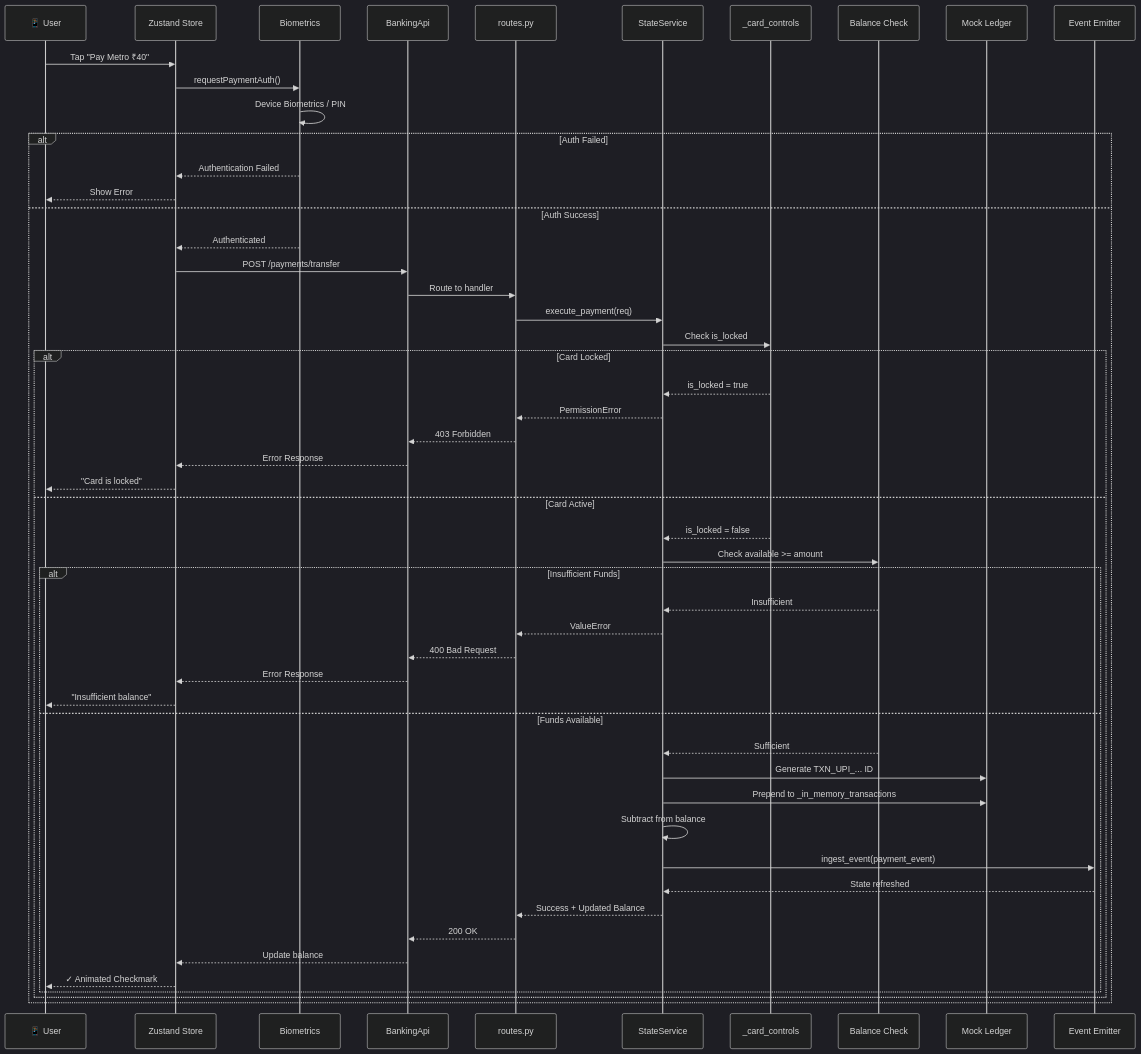
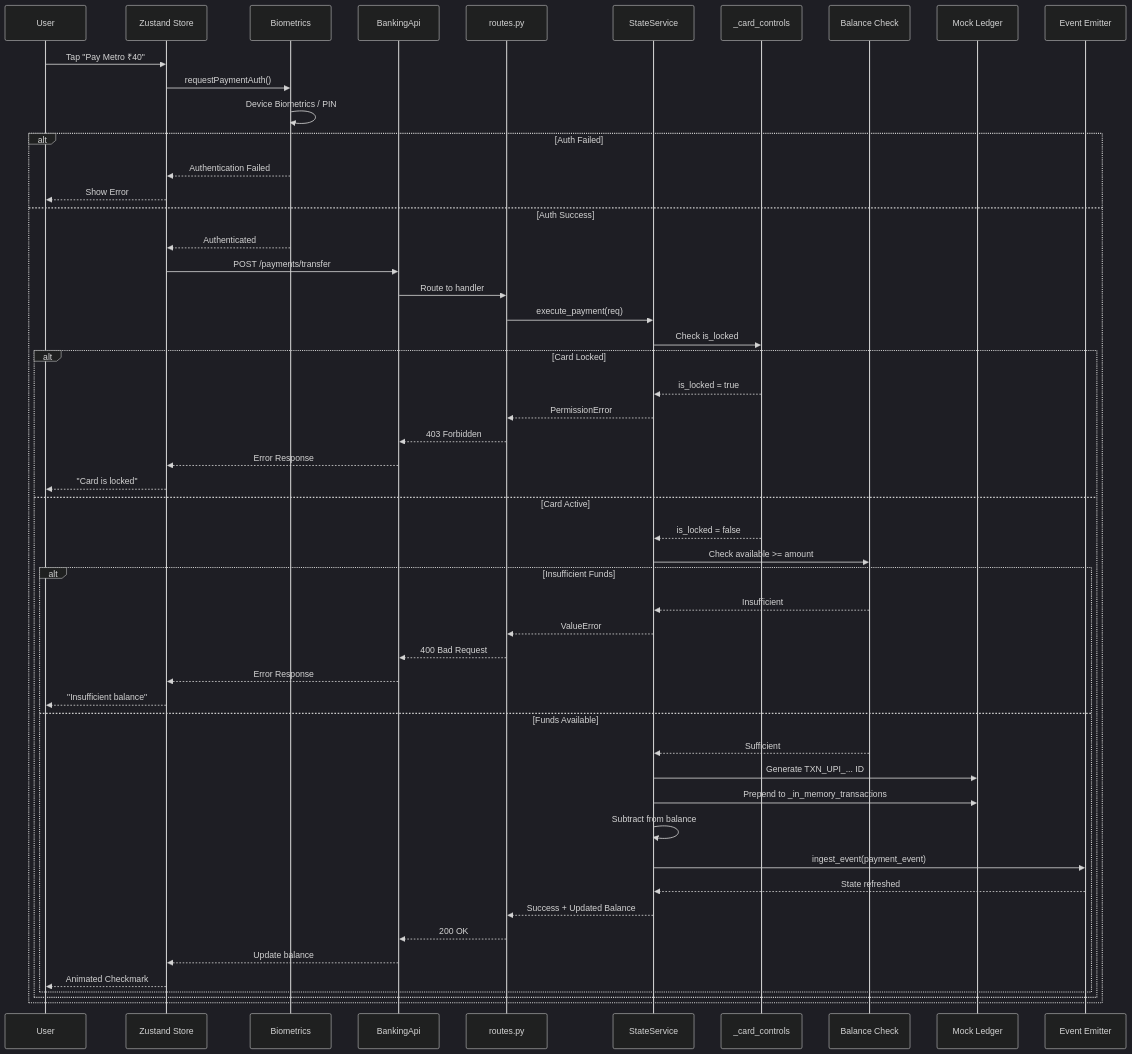
One commit to Neutron-0/ABC-Bank changed diagram 16 of 39 in README.md. Above: the diagram before and after it, drawn with Mermaid (dark theme). The commit also changed other lines of this file, not shown here.

````diff
--- a/README.md
+++ b/README.md
@@ -1314,56 +1314,56 @@
 ```mermaid
 sequenceDiagram
-    participant User as 📱 User
-    participant Store as Zustand Store
-    participant Bio as Biometrics
-    participant API as BankingApi
-    participant Routes as routes.py
-    participant State as StateService
-    participant Cards as _card_controls
-    participant Balance as Balance Check
-    participant Ledger as Mock Ledger
-    participant Event as Event Emitter
+  participant User as User
+  participant Store as Zustand Store
+  participant Bio as Biometrics
+  participant API as BankingApi
+  participant Routes as routes.py
+  participant State as StateService
+  participant Cards as _card_controls
+  participant Balance as Balance Check
+  participant Ledger as Mock Ledger
+  participant Event as Event Emitter
 
-    User->>Store: Tap "Pay Metro ₹40"
-    Store->>Bio: requestPaymentAuth()
-    Bio->>Bio: Device Biometrics / PIN
-    alt Auth Failed
-        Bio-->>Store: Authentication Failed
-        Store-->>User: Show Error
-    else Auth Success
-        Bio-->>Store: Authenticated
-        Store->>API: POST /payments/transfer
-        API->>Routes: Route to handler
-        Routes->>State: execute_payment(req)
-        
-        State->>Cards: Check is_locked
-        alt Card Locked
-            Cards-->>State: is_locked = true
-            State-->>Routes: PermissionError
-            Routes-->>API: 403 Forbidden
-            API-->>Store: Error Response
-            Store-->>User: "Card is locked"
-        else Card Active
-            Cards-->>State: is_locked = false
-            State->>Balance: Check available >= amount
-            alt Insufficient Funds
-                Balance-->>State: Insufficient
-                State-->>Routes: ValueError
-                Routes-->>API: 400 Bad Request
-                API-->>Store: Error Response
-                Store-->>User: "Insufficient balance"
-            else Funds Available
-                Balance-->>State: Sufficient
-                State->>Ledger: Generate TXN_UPI_... ID
-                State->>Ledger: Prepend to _in_memory_transactions
-                State->>State: Subtract from balance
-                State->>Event: ingest_event(payment_event)
-                Event-->>State: State refreshed
-                State-->>Routes: Success + Updated Balance
-                Routes-->>API: 200 OK
-                API-->>Store: Update balance
-                Store-->>User: ✓ Animated Checkmark
-            end
-        end
+  User->>Store: Tap "Pay Metro ₹40"
+  Store->>Bio: requestPaymentAuth()
+  Bio->>Bio: Device Biometrics / PIN
+  alt Auth Failed
+    Bio-->>Store: Authentication Failed
+    Store-->>User: Show Error
+  else Auth Success
+    Bio-->>Store: Authenticated
+    Store->>API: POST /payments/transfer
+    API->>Routes: Route to handler
+    Routes->>State: execute_payment(req)
+    
+    State->>Cards: Check is_locked
+    alt Card Locked
+      Cards-->>State: is_locked = true
+      State-->>Routes: PermissionError
+      Routes-->>API: 403 Forbidden
+      API-->>Store: Error Response
+      Store-->>User: "Card is locked"
+    else Card Active
+      Cards-->>State: is_locked = false
+      State->>Balance: Check available >= amount
+      alt Insufficient Funds
+        Balance-->>State: Insufficient
+        State-->>Routes: ValueError
+        Routes-->>API: 400 Bad Request
+        API-->>Store: Error Response
+        Store-->>User: "Insufficient balance"
+      else Funds Available
+        Balance-->>State: Sufficient
+        State->>Ledger: Generate TXN_UPI_... ID
+        State->>Ledger: Prepend to _in_memory_transactions
+        State->>State: Subtract from balance
+        State->>Event: ingest_event(payment_event)
+        Event-->>State: State refreshed
+        State-->>Routes: Success + Updated Balance
+        Routes-->>API: 200 OK
+        API-->>Store: Update balance
+        Store-->>User: Animated Checkmark
+      end
     end
+  end
 ```
````
